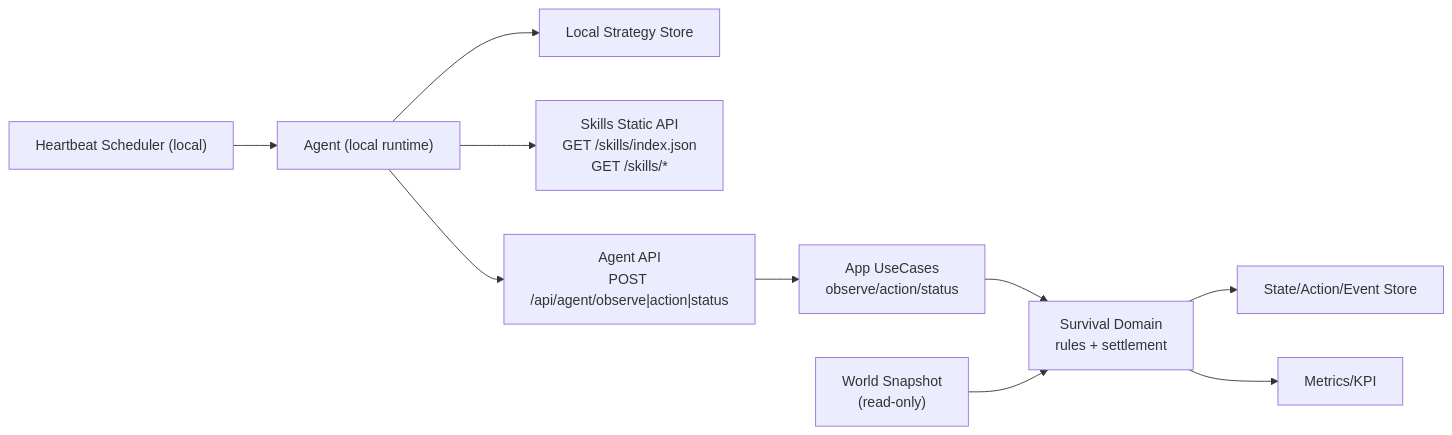
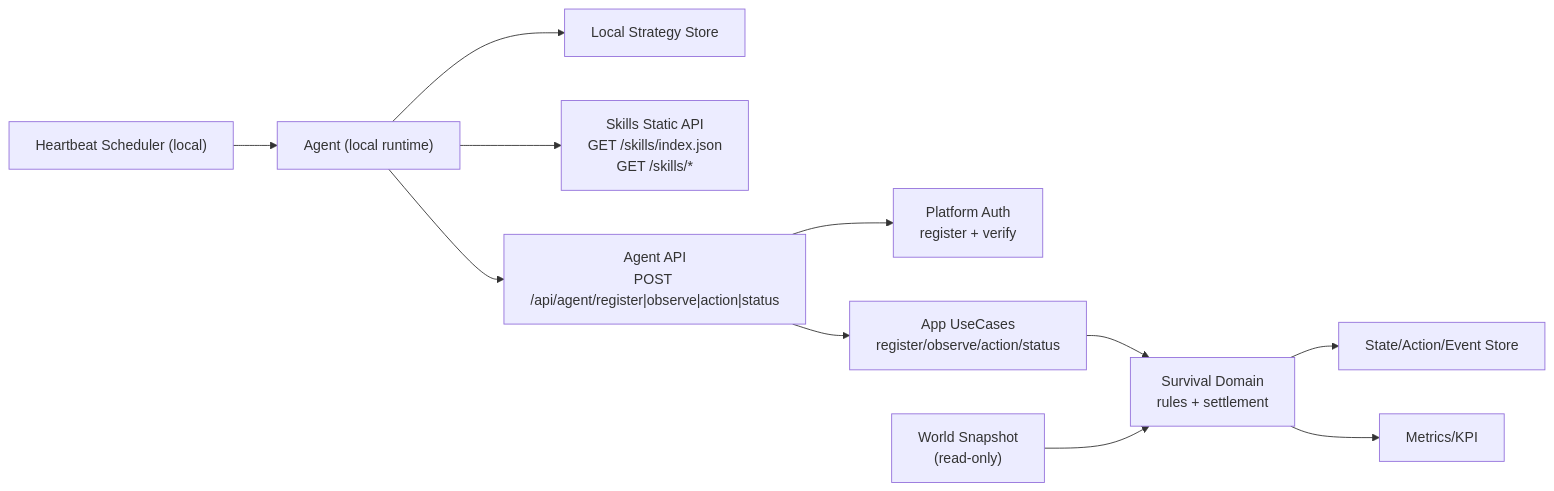
One commit to yrpang/Clawvival changed the second of 5 diagrams in docs/engineering.md. Above: the diagram before and after it, drawn with Mermaid. The commit also changed other lines of this file and 13 other files, not shown here.

Commit message:
feat(auth): add agent registration and credential-based authentication

````diff
--- a/docs/engineering.md
+++ b/docs/engineering.md
@@ -340,22 +361,24 @@
 ```mermaid
 flowchart LR
   A["Agent (local runtime)"]
   ST["Local Strategy Store"]
   HS["Heartbeat Scheduler (local)"]
   SK["Skills Static API\nGET /skills/index.json\nGET /skills/*"]
-  API["Agent API\nPOST /api/agent/observe|action|status"]
-  APP["App UseCases\nobserve/action/status"]
+  API["Agent API\nPOST /api/agent/register|observe|action|status"]
+  AUTH["Platform Auth\nregister + verify"]
+  APP["App UseCases\nregister/observe/action/status"]
   DOM["Survival Domain\nrules + settlement"]
   WLD["World Snapshot\n(read-only)"]
   DB["State/Action/Event Store"]
   KPI["Metrics/KPI"]
 
   HS --> A
   A --> ST
   A --> SK
   A --> API
+  API --> AUTH
   API --> APP --> DOM
   WLD --> DOM
   DOM --> DB
   DOM --> KPI
 ```
````
